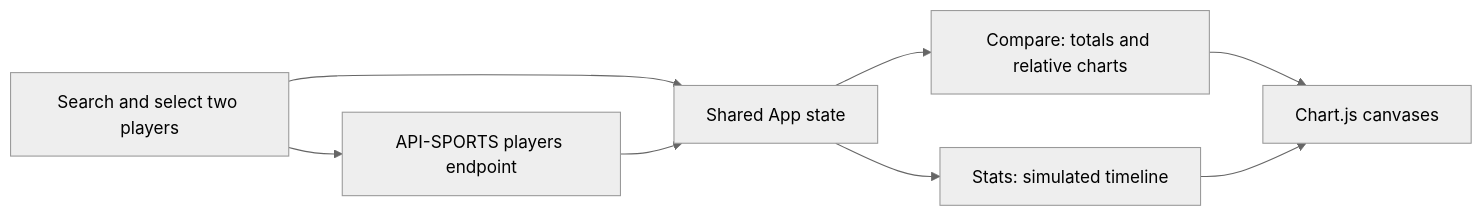
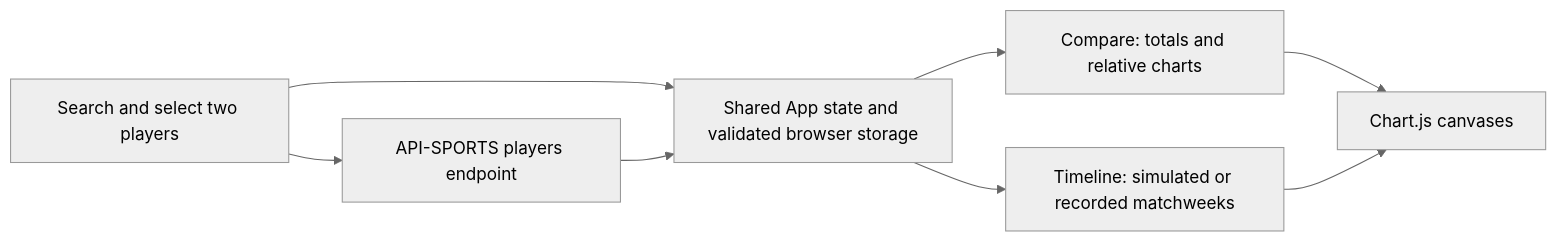
One commit to GKaz17/dv200-football-dashboard changed the diagram in README.md. Above: the diagram before and after it, drawn with Mermaid (neutral theme). The commit also changed other lines of this file and 10 other files, not shown here.

````diff
--- a/README.md
+++ b/README.md
@@ -82,10 +87,10 @@
 ```mermaid
 flowchart LR
-  A[Search and select two players] --> B[Shared App state]
+  A[Search and select two players] --> B[Shared App state and validated browser storage]
   A --> C[API-SPORTS players endpoint]
   C --> B
   B --> D[Compare: totals and relative charts]
-  B --> E[Stats: simulated timeline]
+  B --> E[Timeline: simulated or recorded matchweeks]
   D --> F[Chart.js canvases]
   E --> F
 ```
````
